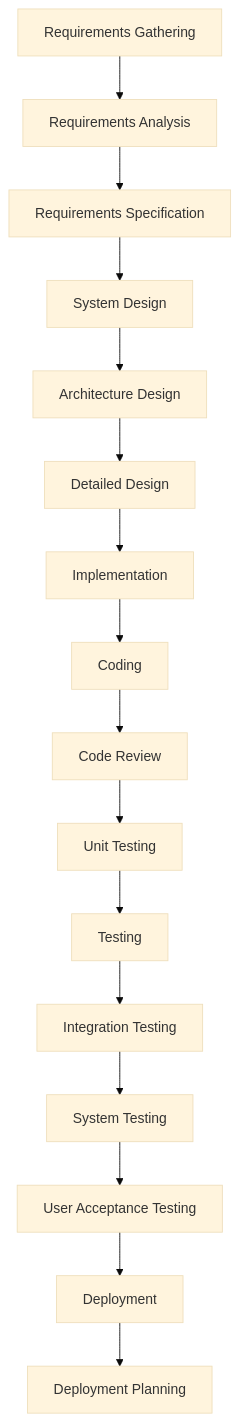
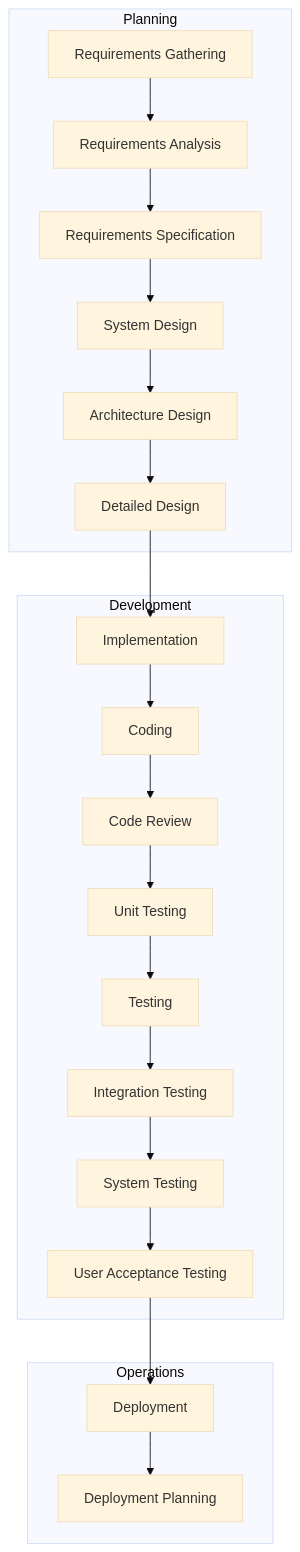
Diagram 16 of 54 in temp-charts/flowchart_sequence/README.md (isauravmanitripathi/Animate-Mermaid-Chart), drawn with Mermaid (base theme) before and after one commit. The commit also changed other lines of this file and 58 other files, not shown here.

Commit message:
added proper working diagrams

````diff
--- a/temp-charts/flowchart_sequence/README.md
+++ b/temp-charts/flowchart_sequence/README.md
@@ -202,18 +393,43 @@
 ```mermaid
 flowchart TD
-A[Requirements Gathering] --> A1[Requirements Analysis]
-A1 --> A2[Requirements Specification]
-A2 --> B[System Design]
-B --> B1[Architecture Design]
-B1 --> B2[Detailed Design]
-B2 --> C[Implementation]
-C --> C1[Coding]
-C1 --> C2[Code Review]
-C2 --> C3[Unit Testing]
-C3 --> D[Testing]
-D --> D1[Integration Testing]
-D1 --> D2[System Testing]
-D2 --> D3[User Acceptance Testing]
-D3 --> E[Deployment]
-E --> E1[Deployment Planning]
+    A[Requirements Gathering] --> A1[Requirements Analysis]
+    A1 --> A2[Requirements Specification]
+    A2 --> B[System Design]
+    B --> B1[Architecture Design]
+    B1 --> B2[Detailed Design]
+    B2 --> C[Implementation]
+    C --> C1[Coding]
+    C1 --> C2[Code Review]
+    C2 --> C3[Unit Testing]
+    C3 --> D[Testing]
+    D --> D1[Integration Testing]
+    D1 --> D2[System Testing]
+    D2 --> D3[User Acceptance Testing]
+    D3 --> E[Deployment]
+    E --> E1[Deployment Planning]
+
+subgraph Planning
+A
+A1
+A2
+B
+B1
+B2
+end
+
+subgraph Development
+C
+C1
+C2
+C3
+D
+D1
+D2
+D3
+end
+
+subgraph Operations
+E
+E1
+end
 ```
````
